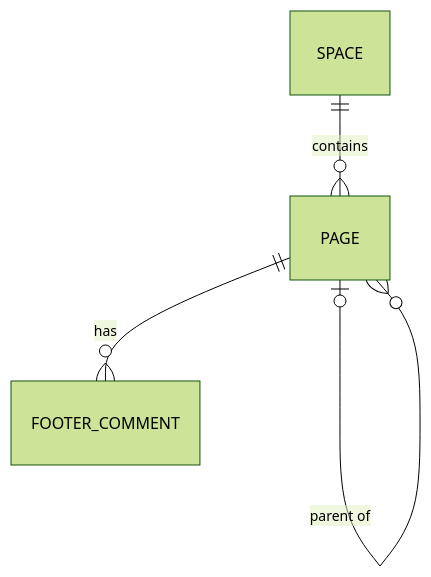
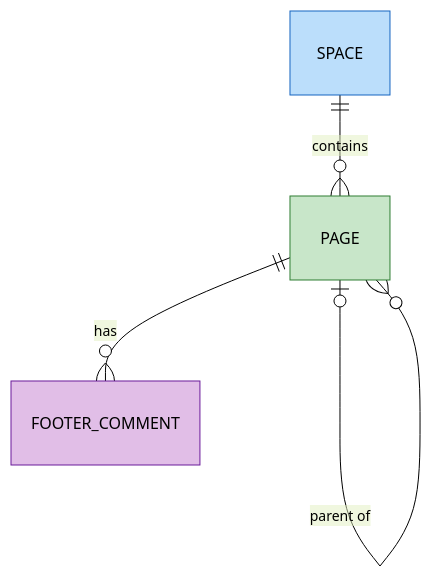
Before and after one commit to alephic-ai/foac: the diagram in doc/confluence.md, drawn with Mermaid (forest theme). The commit also changed 6 other files, not shown here.

````diff
--- a/doc/confluence.md
+++ b/doc/confluence.md
@@ -51,6 +51,12 @@
 ```mermaid
 erDiagram
     SPACE ||--o{ PAGE : contains
     PAGE |o--o{ PAGE : "parent of"
     PAGE ||--o{ FOOTER_COMMENT : has
+    classDef scope fill:#bbdefb,stroke:#1565c0,color:#000
+    classDef work fill:#c8e6c9,stroke:#2e7d32,color:#000
+    classDef annotation fill:#e1bee7,stroke:#6a1b9a,color:#000
+    class SPACE scope
+    class PAGE work
+    class FOOTER_COMMENT annotation
 ```
````
